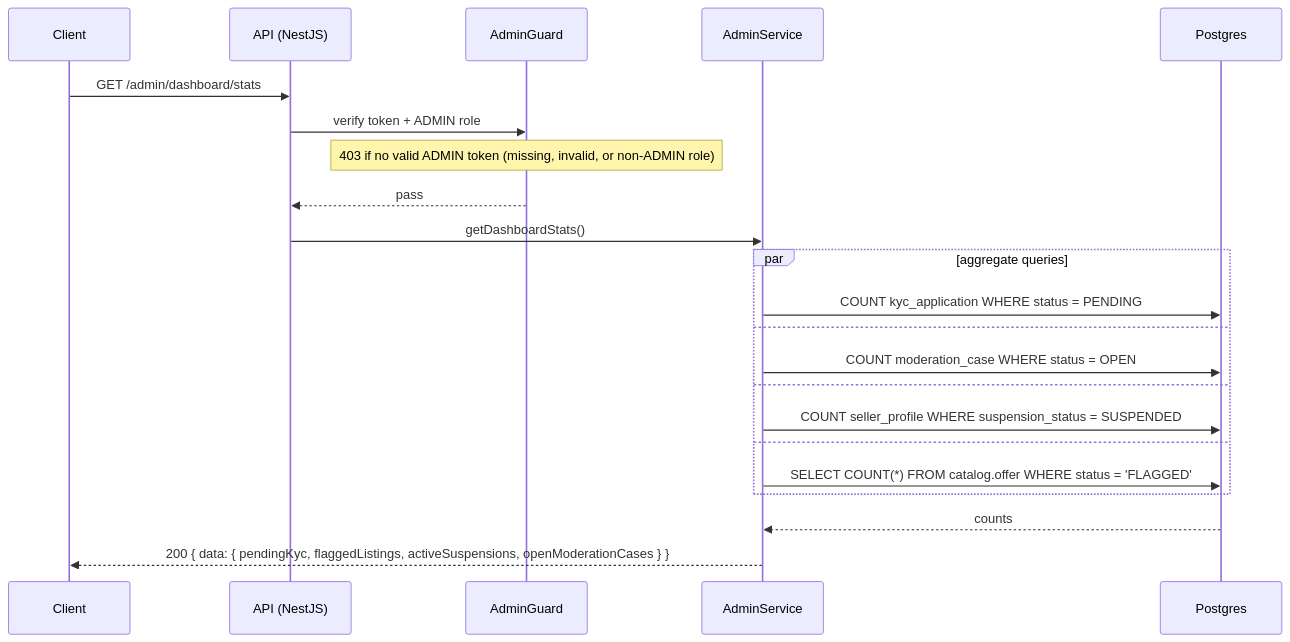
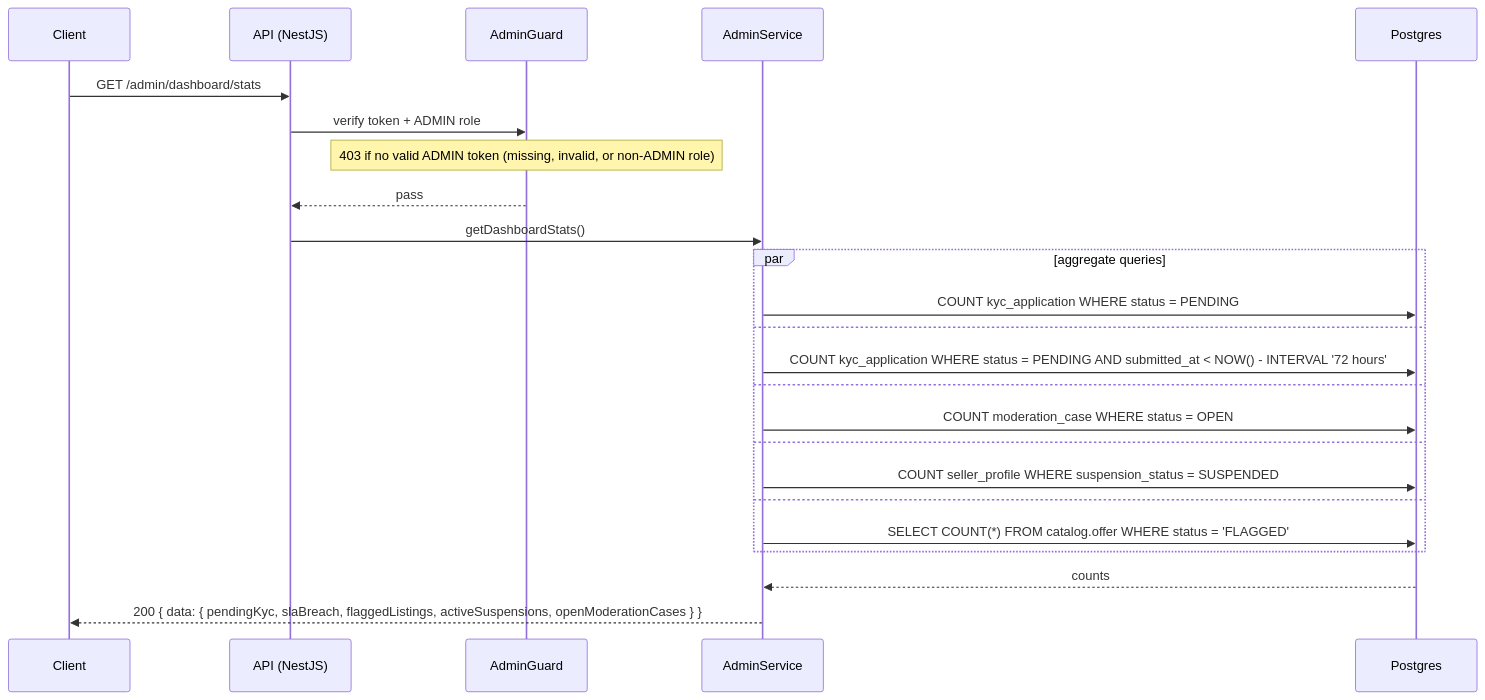
One commit to alisa-uthi/aliceut-ecom-document changed diagram 12 of 12 in phase-1/technical-design/api-design/admin.md. Above: the diagram before and after it, drawn with Mermaid. The commit also changed other lines of this file and 19 other files, not shown here.

````diff
--- a/phase-1/technical-design/api-design/admin.md
+++ b/phase-1/technical-design/api-design/admin.md
@@ -667,25 +680,27 @@
 ```mermaid
 sequenceDiagram
     participant C as Client
     participant API as API (NestJS)
     participant G as AdminGuard
     participant S as AdminService
     participant PG as Postgres
 
     C->>API: GET /admin/dashboard/stats
     API->>G: verify token + ADMIN role
     Note over G: 403 if no valid ADMIN token (missing, invalid, or non-ADMIN role)
     G-->>API: pass
     API->>S: getDashboardStats()
     par aggregate queries
         S->>PG: COUNT kyc_application WHERE status = PENDING
     and
+        S->>PG: COUNT kyc_application WHERE status = PENDING AND submitted_at < NOW() - INTERVAL '72 hours'
+    and
         S->>PG: COUNT moderation_case WHERE status = OPEN
     and
         S->>PG: COUNT seller_profile WHERE suspension_status = SUSPENDED
     and
         S->>PG: SELECT COUNT(*) FROM catalog.offer WHERE status = 'FLAGGED'
     end
     PG-->>S: counts
-    S-->>C: 200 { data: { pendingKyc, flaggedListings, activeSuspensions, openModerationCases } }
+    S-->>C: 200 { data: { pendingKyc, slaBreach, flaggedListings, activeSuspensions, openModerationCases } }
 ```
````
